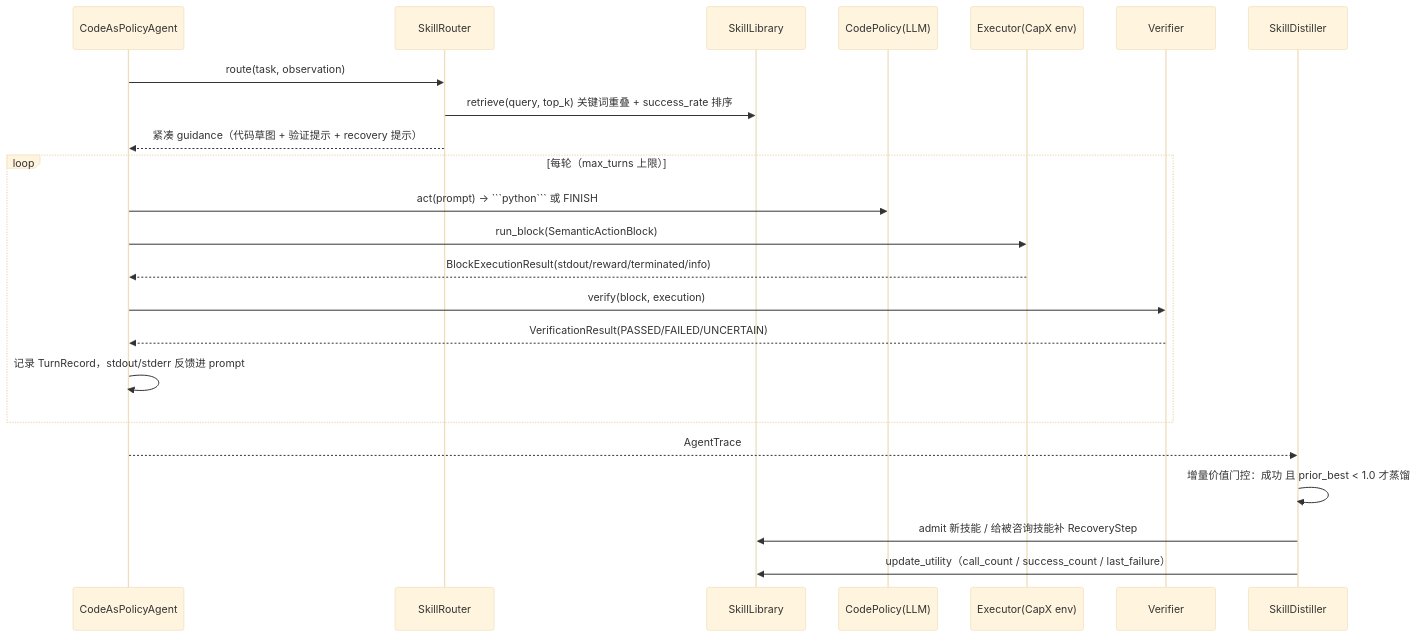
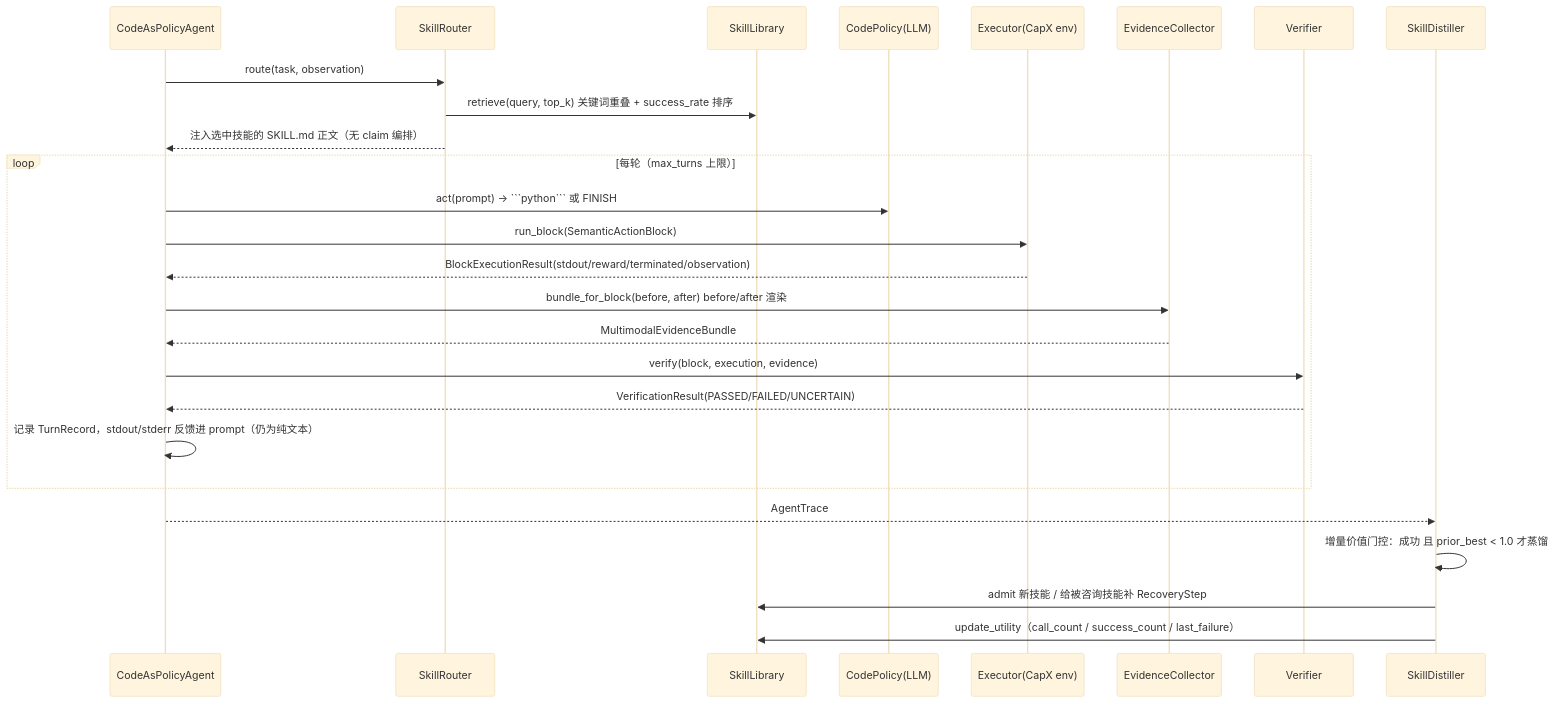
One commit to ZYH-Lightyear/BCap-X changed the second of 3 diagrams in docs/paper_design/robomex_framework_progress.md. Above: the diagram before and after it, drawn with Mermaid (base theme). The commit also changed other lines of this file and 60 other files, not shown here.

````diff
--- a/docs/paper_design/robomex_framework_progress.md
+++ b/docs/paper_design/robomex_framework_progress.md
@@ -96,28 +145,31 @@
 ```mermaid
 sequenceDiagram
     participant A as CodeAsPolicyAgent
     participant R as SkillRouter
     participant L as SkillLibrary
     participant P as CodePolicy(LLM)
     participant E as Executor(CapX env)
+    participant C as EvidenceCollector
     participant V as Verifier
     participant D as SkillDistiller
 
     A->>R: route(task, observation)
     R->>L: retrieve(query, top_k)  关键词重叠 + success_rate 排序
-    R-->>A: 紧凑 guidance（代码草图 + 验证提示 + recovery 提示）
+    R-->>A: 注入选中技能的 SKILL.md 正文（无 claim 编排）
 
     loop 每轮（max_turns 上限）
         A->>P: act(prompt) → ```python``` 或 FINISH
         A->>E: run_block(SemanticActionBlock)
-        E-->>A: BlockExecutionResult(stdout/reward/terminated/info)
-        A->>V: verify(block, execution)
+        E-->>A: BlockExecutionResult(stdout/reward/terminated/observation)
+        A->>C: bundle_for_block(before, after)  before/after 渲染
+        C-->>A: MultimodalEvidenceBundle
+        A->>V: verify(block, execution, evidence)
         V-->>A: VerificationResult(PASSED/FAILED/UNCERTAIN)
-        A->>A: 记录 TurnRecord，stdout/stderr 反馈进 prompt
+        A->>A: 记录 TurnRecord，stdout/stderr 反馈进 prompt（仍为纯文本）
     end
 
     A-->>D: AgentTrace
     D->>D: 增量价值门控：成功 且 prior_best < 1.0 才蒸馏
     D->>L: admit 新技能 / 给被咨询技能补 RecoveryStep
     D->>L: update_utility（call_count / success_count / last_failure）
 ```
````
